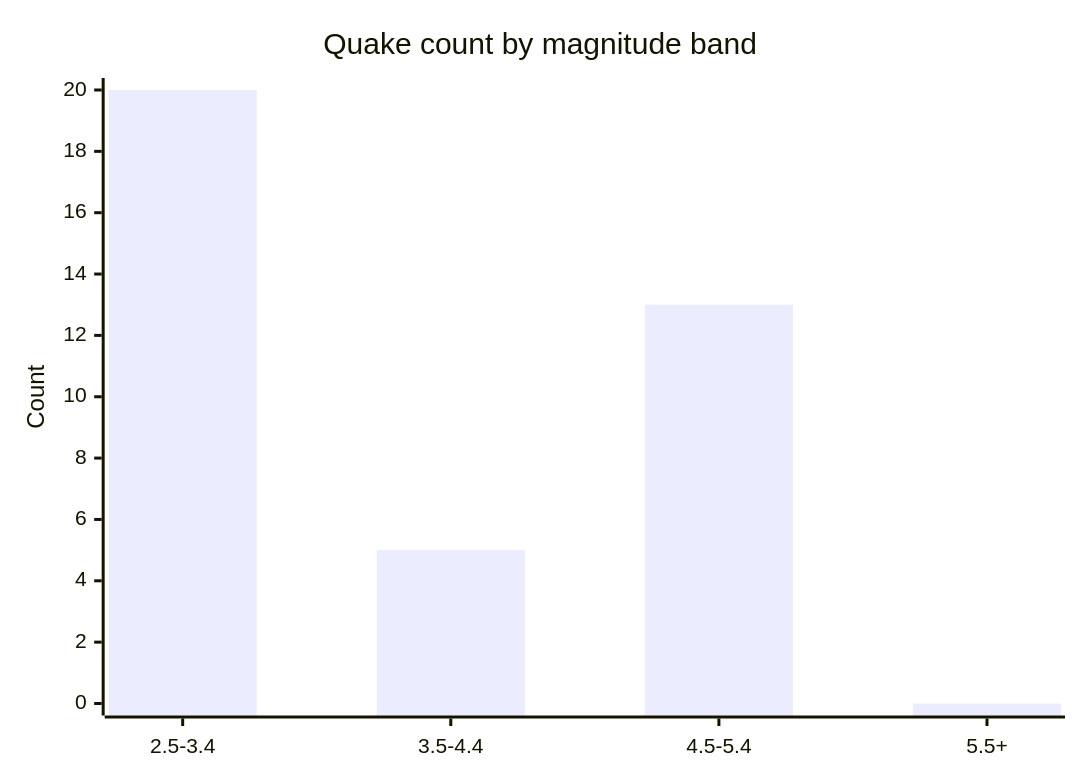
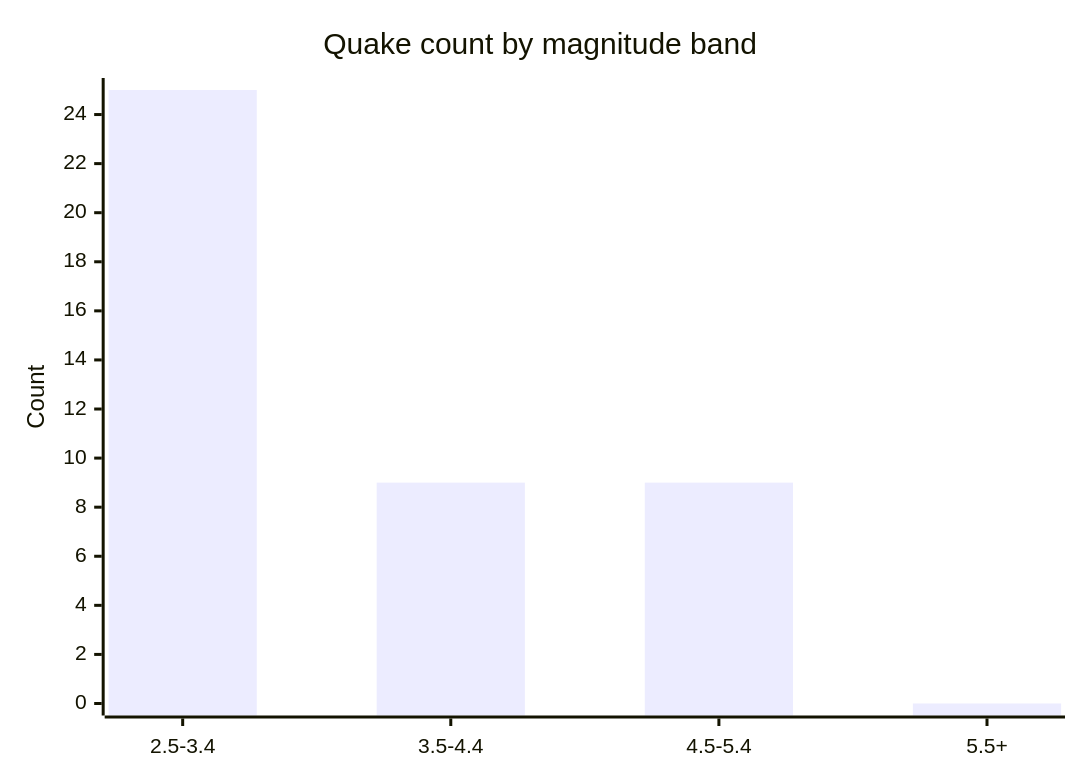
One commit to Midwest-Stratospheric/aerostratospheric-defense-gir changed the fifth of 6 diagrams in docs/GRAPHS.md. Above: the diagram before and after it, drawn with Mermaid. The commit also changed other lines of this file and 23 other files, not shown here.

````diff
--- a/docs/GRAPHS.md
+++ b/docs/GRAPHS.md
@@ -82,7 +82,7 @@
 ```mermaid
 xychart-beta
   title "Quake count by magnitude band"
   x-axis ["2.5-3.4", "3.5-4.4", "4.5-5.4", "5.5+"]
-  y-axis "Count" 0 --> 20
-  bar [20, 5, 13, 0]
+  y-axis "Count" 0 --> 25
+  bar [25, 9, 9, 0]
 ```
````
